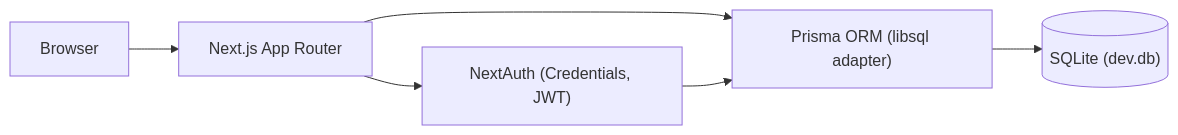
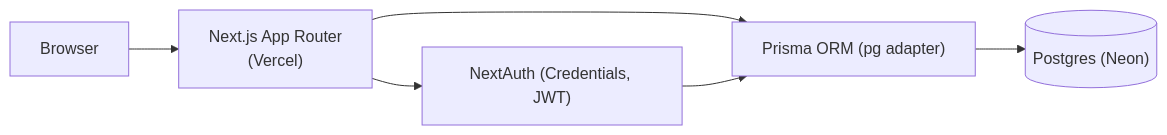
Before and after one commit to AbhishekKumar1709/AI-Job-Application-Builder: the diagram in docs/ARCHITECTURE.md, drawn with Mermaid. The commit also changed other lines of this file and 20 other files, not shown here.

First line of the commit message:
Switch to hosted Postgres (Neon) for local dev and production

````diff
--- a/docs/ARCHITECTURE.md
+++ b/docs/ARCHITECTURE.md
@@ -62,8 +65,8 @@
 ```mermaid
 flowchart LR
-    Browser --> NextApp["Next.js App Router"]
+    Browser --> NextApp["Next.js App Router\n(Vercel)"]
     NextApp --> NextAuth["NextAuth (Credentials, JWT)"]
-    NextApp --> Prisma["Prisma ORM (libsql adapter)"]
+    NextApp --> Prisma["Prisma ORM (pg adapter)"]
     NextAuth --> Prisma
-    Prisma --> SQLite[("SQLite (dev.db)")]
+    Prisma --> Neon[("Postgres (Neon)")]
 ```
````
